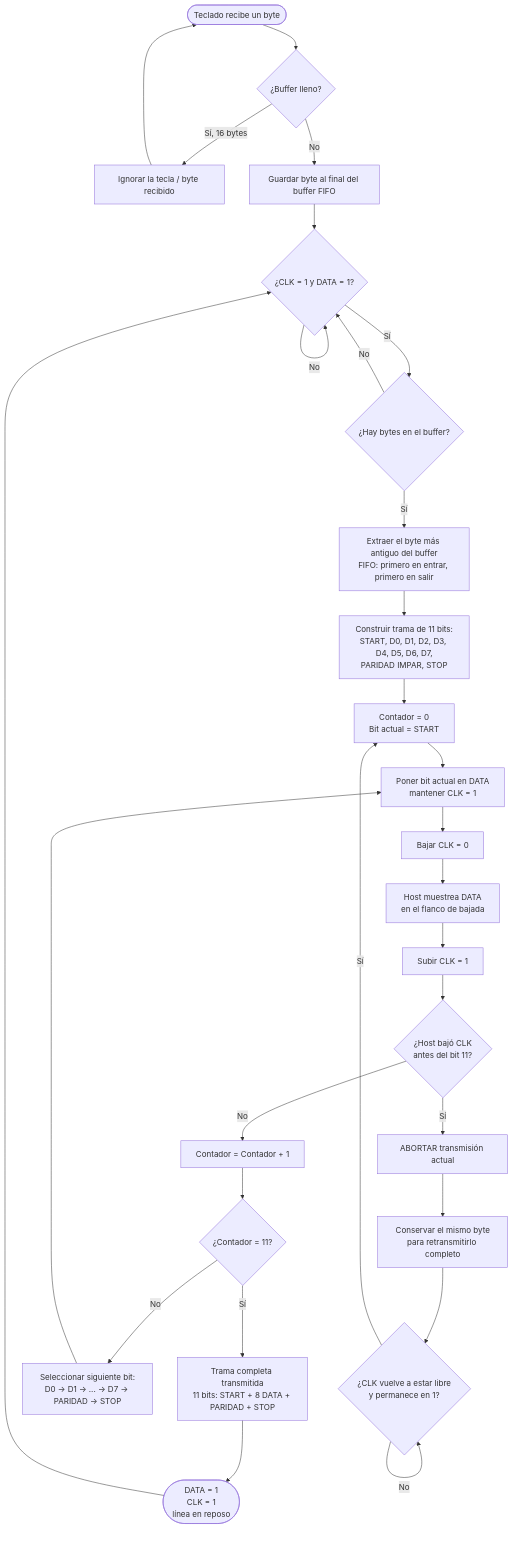
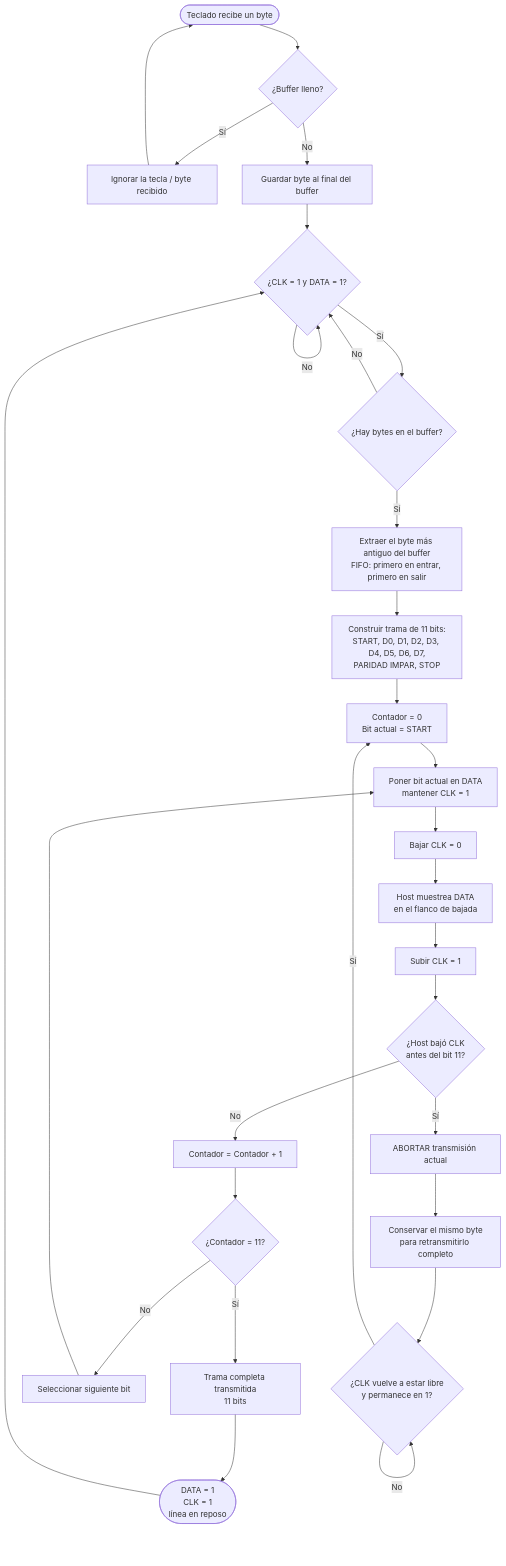
The first of 2 diagrams in diagramas/Diagramas.md (KUBIX2026/PS2_keyboard), drawn with Mermaid before and after one commit.

````diff
--- a/diagramas/Diagramas.md
+++ b/diagramas/Diagramas.md
@@ -3,31 +3,31 @@
 ```mermaid
 flowchart
     A([Teclado recibe un byte]) --> B{¿Buffer lleno?}
-    B -- Sí, 16 bytes --> C[Ignorar la tecla / byte recibido]
+    B -- Sí --> C[Ignorar la tecla / byte recibido]
     C --> A
-    B -- No --> D[Guardar byte al final del buffer FIFO]
+    B -- No --> D[Guardar byte al final del buffer]
     D --> E{¿CLK = 1 y DATA = 1?}
     E -- No --> E
     E -- Sí --> F{¿Hay bytes en el buffer?}
     F -- No --> E
     F -- Sí --> G[Extraer el byte más antiguo del buffer<br/>FIFO: primero en entrar, primero en salir]
     G --> H[Construir trama de 11 bits:<br/>START, D0, D1, D2, D3, D4, D5, D6, D7,<br/>PARIDAD IMPAR, STOP]
     H --> I[Contador = 0<br/>Bit actual = START]
     I --> J[Poner bit actual en DATA<br/>mantener CLK = 1]
     J --> K[Bajar CLK = 0]
     K --> L[Host muestrea DATA<br/>en el flanco de bajada]
     L --> M[Subir CLK = 1]
     M --> N{¿Host bajó CLK<br/>antes del bit 11?}
     N -- Sí --> O[ABORTAR transmisión actual]
     O --> P[Conservar el mismo byte<br/>para retransmitirlo completo]
     P --> Q{¿CLK vuelve a estar libre<br/>y permanece en 1?}
     Q -- No --> Q
     Q -- Sí --> I
     N -- No --> R[Contador = Contador + 1]
     R --> S{¿Contador = 11?}
-    S -- No --> T[Seleccionar siguiente bit:<br/>D0 → D1 → ... → D7 → PARIDAD → STOP]
+    S -- No --> T[Seleccionar siguiente bit]
     T --> J
-    S -- Sí --> U[Trama completa transmitida<br/>11 bits: START + 8 DATA + PARIDAD + STOP]
+    S -- Sí --> U[Trama completa transmitida<br/>11 bits]
     U --> V([DATA = 1<br/>CLK = 1<br/>línea en reposo])
     V --> E
 ```
````
